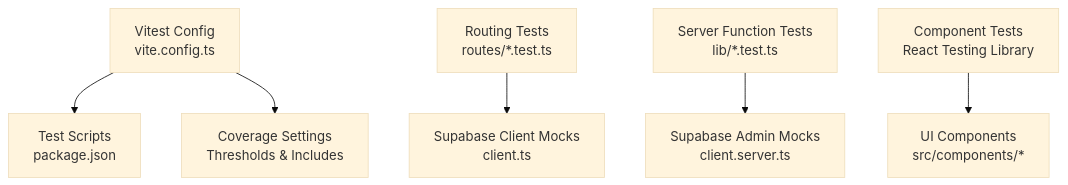
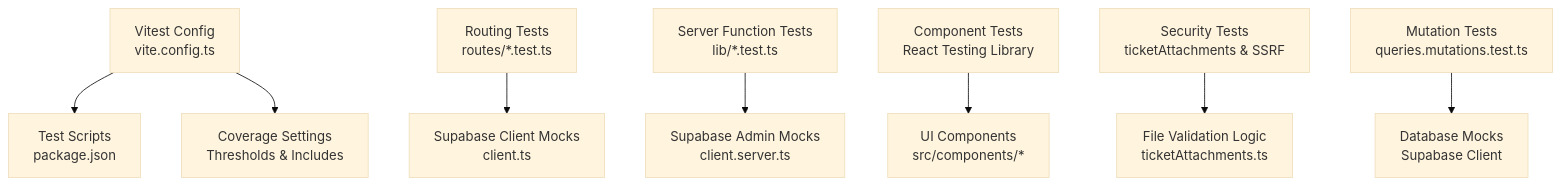
Before and after one commit to gastaldellomarco/pcReady: the first of 11 diagrams in .qoder/repowiki/en/content/Testing Strategy.md, drawn with Mermaid (base theme). The commit also changed other lines of this file and 15 other files, not shown here.

````diff
--- a/.qoder/repowiki/en/content/Testing Strategy.md
+++ b/.qoder/repowiki/en/content/Testing Strategy.md
@@ -49,8 +65,10 @@
 ```mermaid
 graph TB
 A["Vitest Config<br/>vite.config.ts"] --> B["Test Scripts<br/>package.json"]
 A --> C["Coverage Settings<br/>Thresholds & Includes"]
 D["Routing Tests<br/>routes/*.test.ts"] --> E["Supabase Client Mocks<br/>client.ts"]
 F["Server Function Tests<br/>lib/*.test.ts"] --> G["Supabase Admin Mocks<br/>client.server.ts"]
 H["Component Tests<br/>React Testing Library"] --> I["UI Components<br/>src/components/*"]
+J["Security Tests<br/>ticketAttachments & SSRF"] --> K["File Validation Logic<br/>ticketAttachments.ts"]
+L["Mutation Tests<br/>queries.mutations.test.ts"] --> M["Database Mocks<br/>Supabase Client"]
 ```
````
